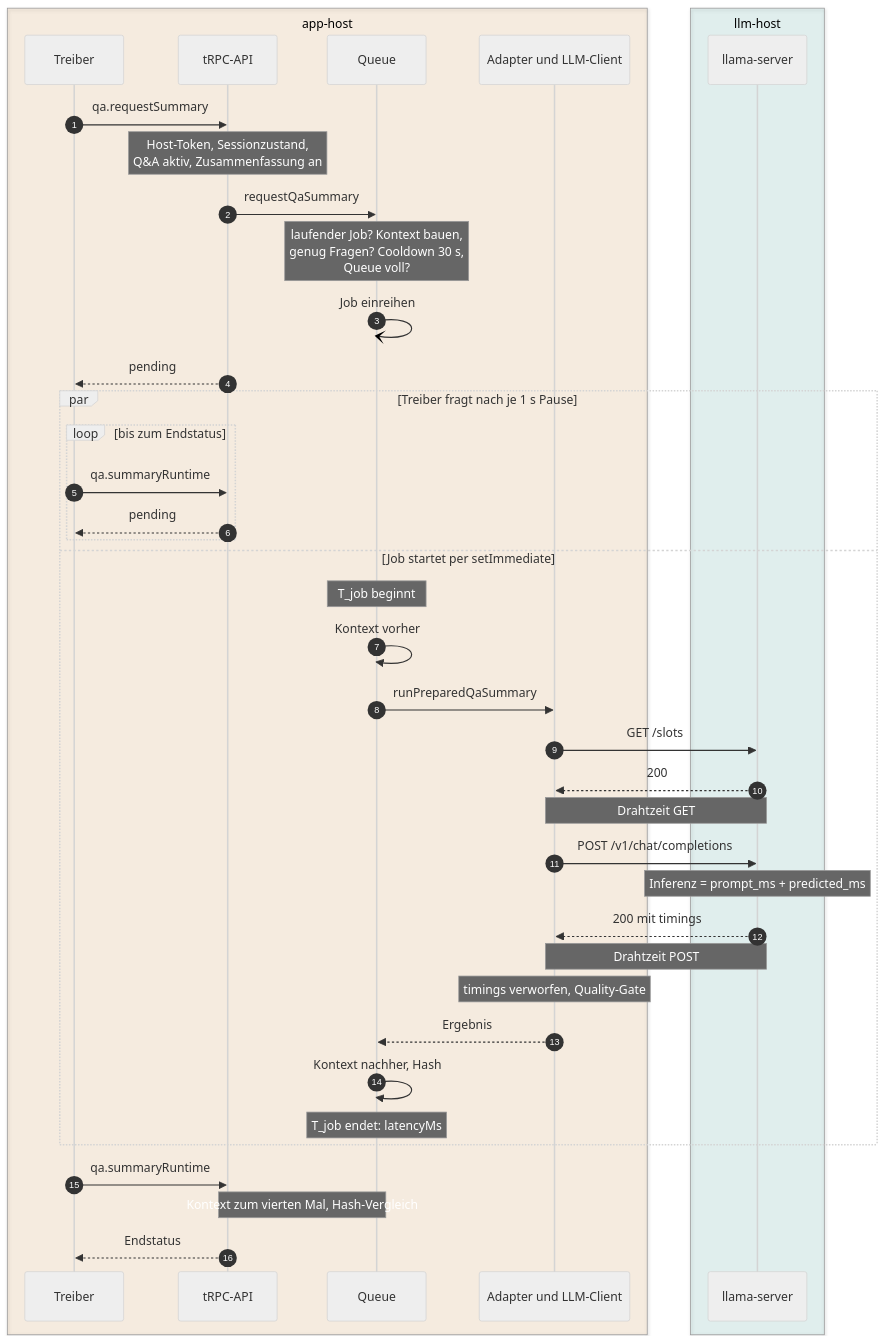
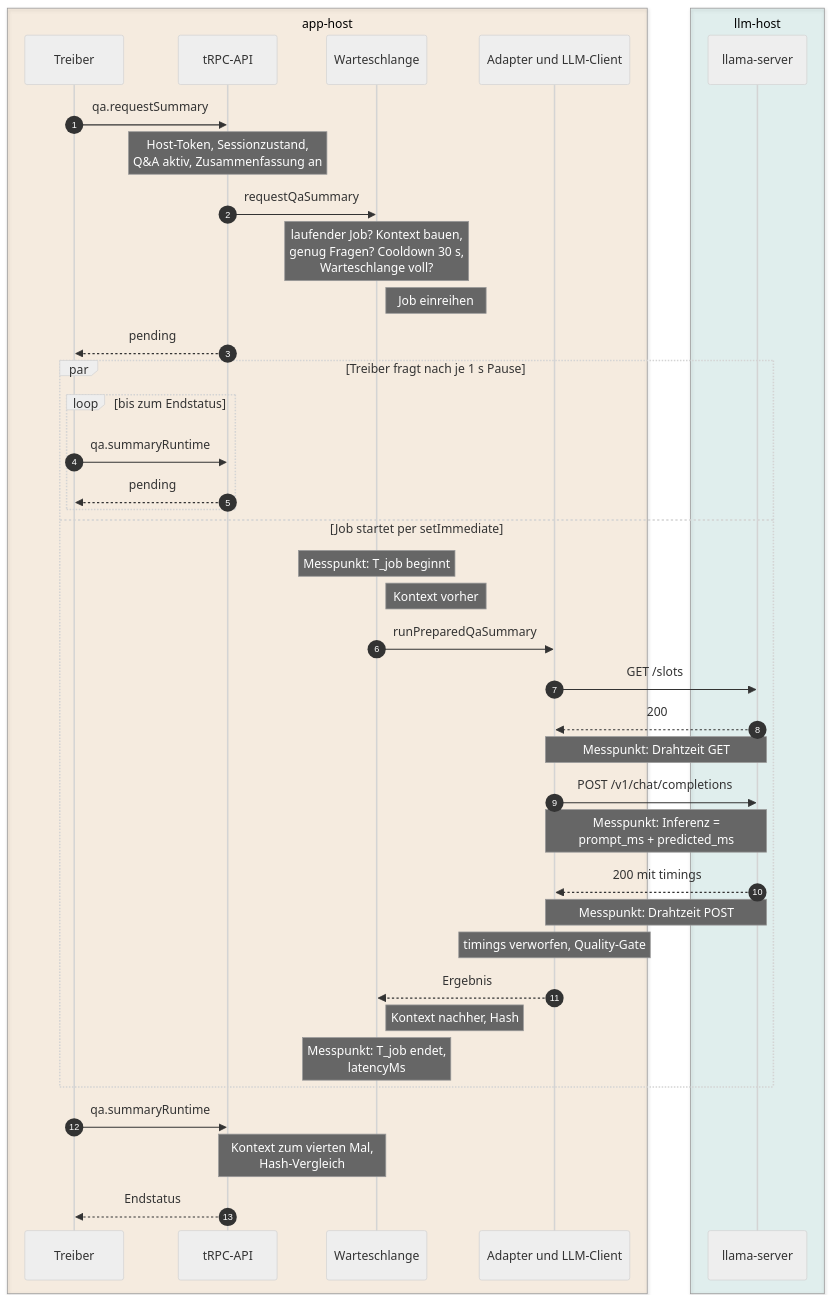
One commit to NiklasSkulll/arsnova.eu changed the diagram in docs/referat-thema-1/diagrams/1b-auftrag-sequenz.mmd. Above: the diagram before and after it, drawn with Mermaid (neutral theme). The commit also changed 6 other files, not shown here.

Commit message:
docs(referat): improve 1B diagram layout after the first visual review

```diff
--- a/docs/referat-thema-1/diagrams/1b-auftrag-sequenz.mmd
+++ b/docs/referat-thema-1/diagrams/1b-auftrag-sequenz.mmd
@@ -1,51 +1,51 @@
 ---
 config:
   sequence:
     actorMargin: 24
     boxMargin: 9
     noteMargin: 6
     messageMargin: 28
     width: 130
 ---
 sequenceDiagram
   autonumber
   box rgba(217, 119, 6, 0.10) app-host
     participant T as Treiber
     participant A as tRPC-API
-    participant Q as Queue
+    participant Q as Warteschlange
     participant AD as Adapter und LLM-Client
   end
   box rgba(13, 148, 136, 0.10) llm-host
     participant L as llama-server
   end
 
   T->>A: qa.requestSummary
   Note over A: Host-Token, Sessionzustand,<br/>Q&A aktiv, Zusammenfassung an
   A->>Q: requestQaSummary
-  Note over Q: laufender Job? Kontext bauen,<br/>genug Fragen? Cooldown 30 s,<br/>Queue voll?
-  Q-)Q: Job einreihen
+  Note over Q: laufender Job? Kontext bauen,<br/>genug Fragen? Cooldown 30 s,<br/>Warteschlange voll?
+  Note right of Q: Job einreihen
   A-->>T: pending
   par Treiber fragt nach je 1 s Pause
     loop bis zum Endstatus
       T->>A: qa.summaryRuntime
       A-->>T: pending
     end
   and Job startet per setImmediate
-    Note over Q: T_job beginnt
-    Q->>Q: Kontext vorher
+    Note over Q: Messpunkt: T_job beginnt
+    Note right of Q: Kontext vorher
     Q->>AD: runPreparedQaSummary
     AD->>L: GET /slots
     L-->>AD: 200
-    Note over AD,L: Drahtzeit GET
+    Note over AD,L: Messpunkt: Drahtzeit GET
     AD->>L: POST /v1/chat/completions
-    Note over L: Inferenz = prompt_ms + predicted_ms
+    Note over AD,L: Messpunkt: Inferenz =<br/>prompt_ms + predicted_ms
     L-->>AD: 200 mit timings
-    Note over AD,L: Drahtzeit POST
+    Note over AD,L: Messpunkt: Drahtzeit POST
     Note over AD: timings verworfen, Quality-Gate
     AD-->>Q: Ergebnis
-    Q->>Q: Kontext nachher, Hash
-    Note over Q: T_job endet: latencyMs
+    Note right of Q: Kontext nachher, Hash
+    Note over Q: Messpunkt: T_job endet,<br/>latencyMs
   end
   T->>A: qa.summaryRuntime
-  Note over A,Q: Kontext zum vierten Mal, Hash-Vergleich
+  Note over A,Q: Kontext zum vierten Mal,<br/>Hash-Vergleich
   A-->>T: Endstatus
```
